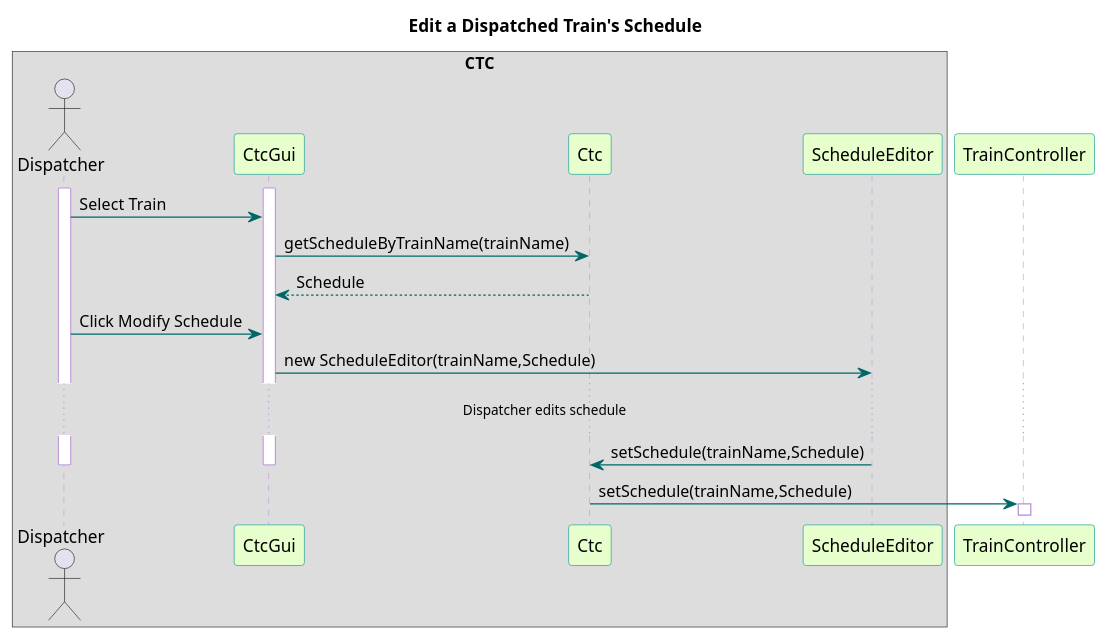
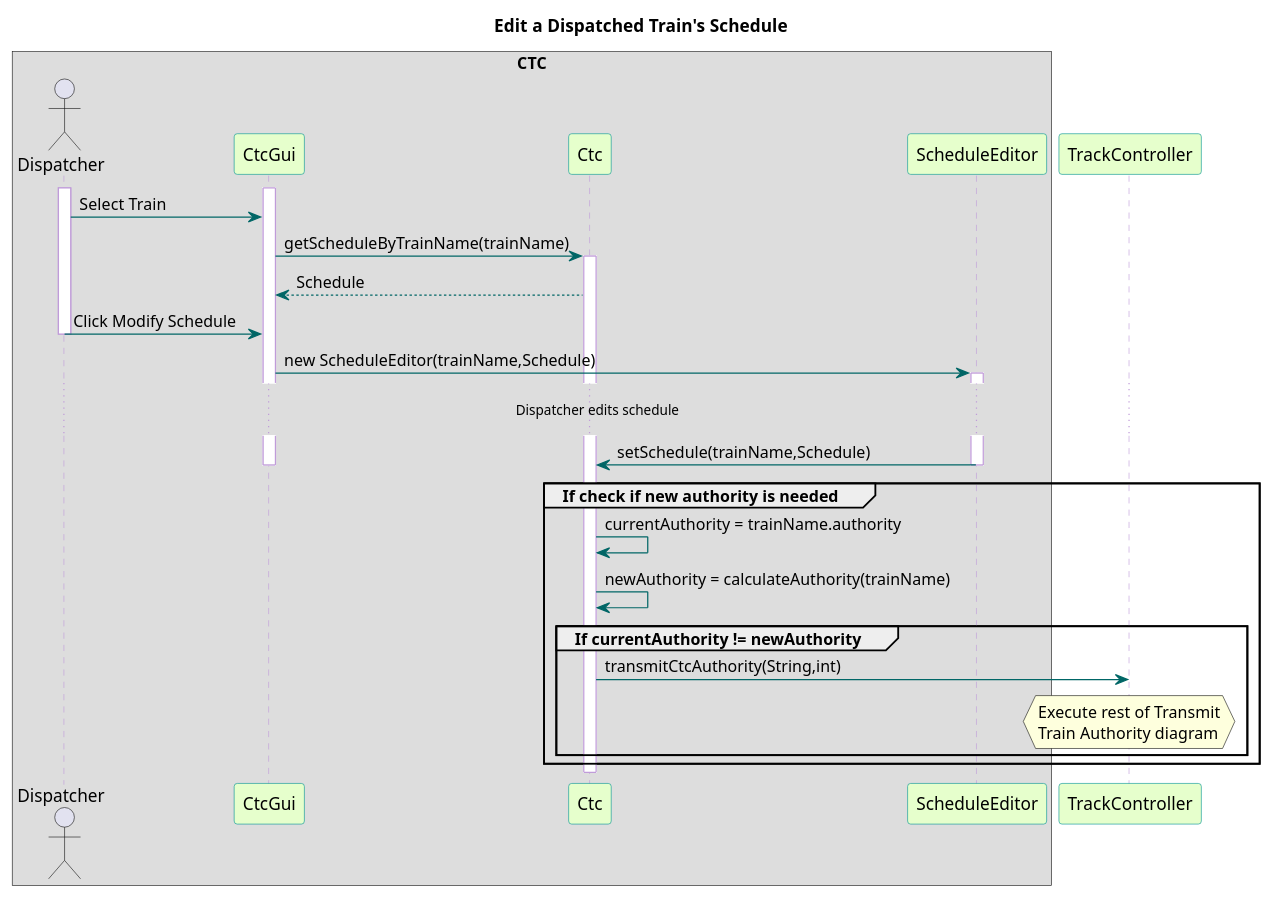
The diagram in TrainSystem/yUML/Sequence Diagrams/Ctc/CtcEditSchedule.pu (kevingilboy/COE1186), drawn with PlantUML before and after one commit. The commit also changed 3 other files, not shown here.

```diff
--- a/TrainSystem/yUML/Sequence Diagrams/Ctc/CtcEditSchedule.pu
+++ b/TrainSystem/yUML/Sequence Diagrams/Ctc/CtcEditSchedule.pu
@@ -1,39 +1,45 @@
 @startuml
 
 title Edit a Dispatched Train's Schedule
 
 skinparam sequence {
   BackgroundColor transparent
   ParticipantBackgroundColor #e6ffcc
   ParticipantBorderColor 	#049595
   PackageBorderCOlor  #049595
   ArrowColor #006666
   LifeLineBorderColor #c09cd9
 }
 
 box "CTC"
 actor Dispatcher
 participant CtcGui
 participant Ctc
 participant ScheduleEditor
 end box
-participant TrainController
+participant TrackController
 
 activate Dispatcher
 activate CtcGui
 Dispatcher -> CtcGui : Select Train
 CtcGui -> Ctc : getScheduleByTrainName(trainName)
+activate Ctc
 Ctc --> CtcGui : Schedule
 Dispatcher -> CtcGui : Click Modify Schedule
+deactivate Dispatcher
 CtcGui -> ScheduleEditor : new ScheduleEditor(trainName,Schedule)
+activate ScheduleEditor
 ...Dispatcher edits schedule...
 ScheduleEditor -> Ctc : setSchedule(trainName,Schedule)
+deactivate ScheduleEditor
 deactivate CtcGui
-deactivate Dispatcher
-
-Ctc -> TrainController : setSchedule(trainName,Schedule)
+group If check if new authority is needed
+Ctc -> Ctc : currentAuthority = trainName.authority
+Ctc -> Ctc : newAuthority = calculateAuthority(trainName)
+  group If currentAuthority != newAuthority
+  Ctc -> TrackController : transmitCtcAuthority(String,int)
+  hnote over TrackController: Execute rest of Transmit\nTrain Authority diagram
+  end
+end
 deactivate Ctc
-activate TrainController
-deactivate TrainController
-
 @enduml
```
